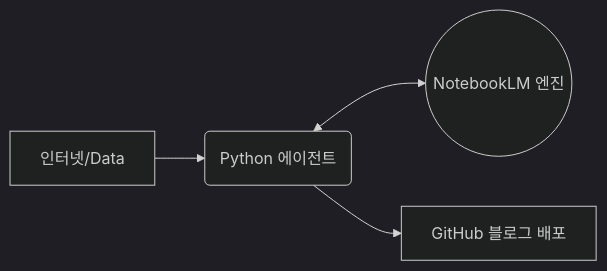
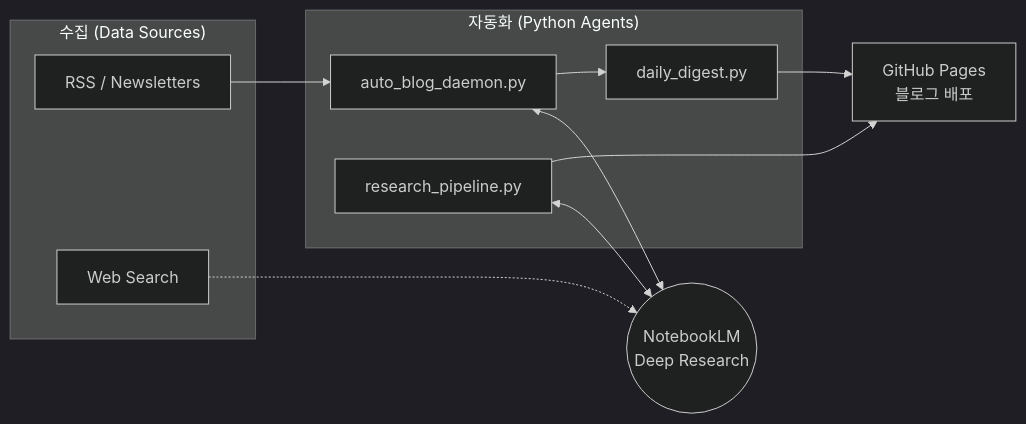
One commit to swookkwon-gif/swookkwon-gif.github.io changed the first of 3 diagrams in content/posts/AI Learnings/2026-05-07-building-automated-ai-blog-pipeline.md. Above: the diagram before and after it, drawn with Mermaid (dark theme). The commit also changed other lines of this file and 1 other file, not shown here.

Commit message:
docs: Update pipeline image to minimal sketch and set Mermaid chart to middle-ground complexity

````diff
--- a/content/posts/AI Learnings/2026-05-07-building-automated-ai-blog-pipeline.md
+++ b/content/posts/AI Learnings/2026-05-07-building-automated-ai-blog-pipeline.md
@@ -37,6 +37,25 @@
 ```mermaid
 graph LR
-    A[인터넷/Data] --> B(Python 에이전트)
-    B <--> C((NotebookLM 엔진))
-    B --> D[GitHub 블로그 배포]
+    subgraph Sources ["수집 (Data Sources)"]
+        RSS[RSS / Newsletters]
+        Search[Web Search]
+    end
+
+    subgraph Agents ["자동화 (Python Agents)"]
+        Daemon[auto_blog_daemon.py]
+        Research[research_pipeline.py]
+        Digest[daily_digest.py]
+    end
+
+    NLM((NotebookLM<br>Deep Research))
+    Git[GitHub Pages<br>블로그 배포]
+
+    RSS --> Daemon
+    Daemon <--> NLM
+    Daemon --> Digest
+    
+    Search -.-> NLM
+    Research <--> NLM
+    Research --> Git
+    Digest --> Git
 ```
````
